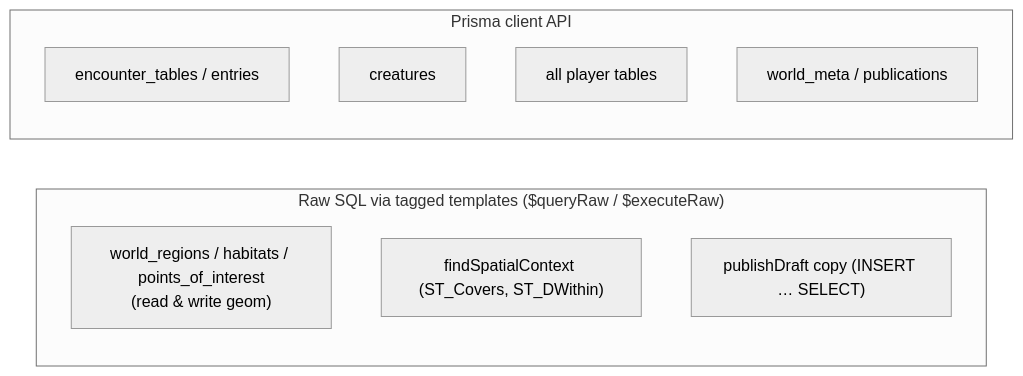
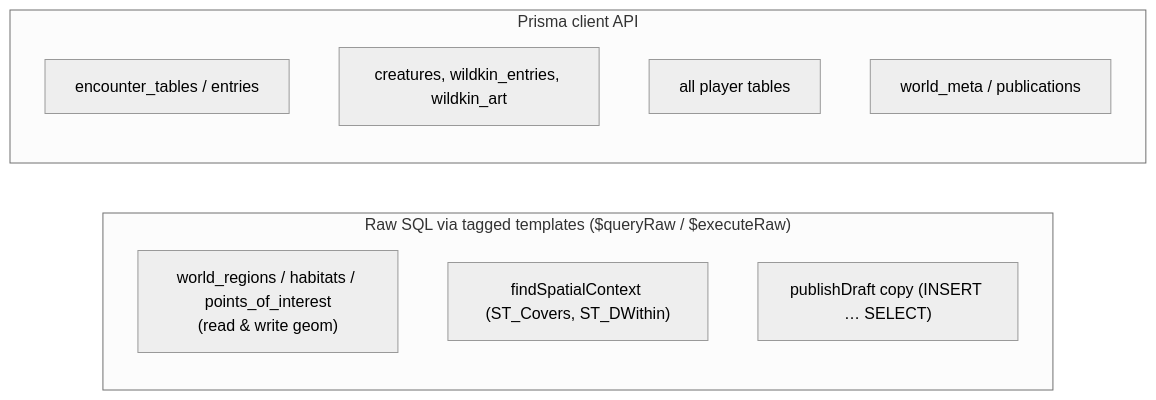
The third of 5 diagrams in docs/03-database.md (samceracas/wildbound), drawn with Mermaid (neutral theme) before and after one commit. The commit also changed other lines of this file and 8 other files, not shown here.

````diff
--- a/docs/03-database.md
+++ b/docs/03-database.md
@@ -265,14 +306,14 @@
 ```mermaid
 flowchart LR
     subgraph raw["Raw SQL via tagged templates ($queryRaw / $executeRaw)"]
         a1["world_regions / habitats / points_of_interest<br/>(read & write geom)"]
         a2["findSpatialContext (ST_Covers, ST_DWithin)"]
         a3["publishDraft copy (INSERT … SELECT)"]
     end
     subgraph orm["Prisma client API"]
         b1["encounter_tables / entries"]
-        b2["creatures"]
+        b2["creatures, wildkin_entries, wildkin_art"]
         b3["all player tables"]
         b4["world_meta / publications"]
     end
 ```
````
